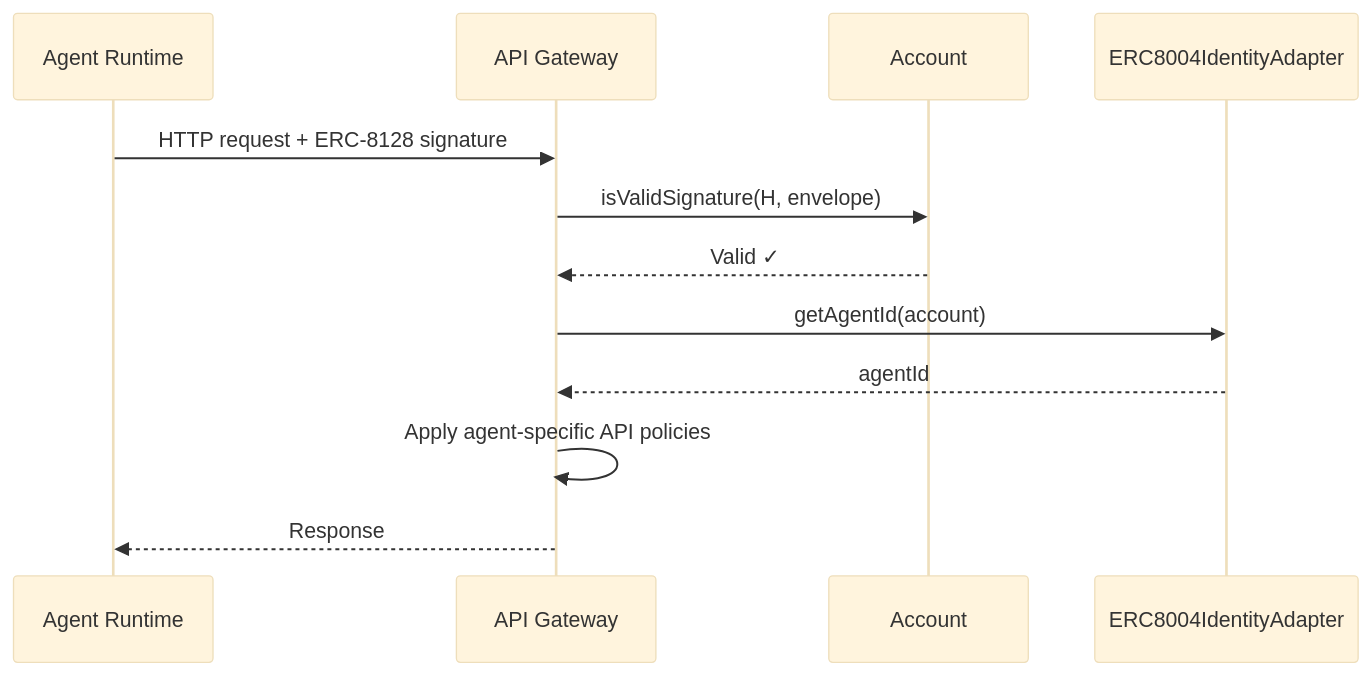
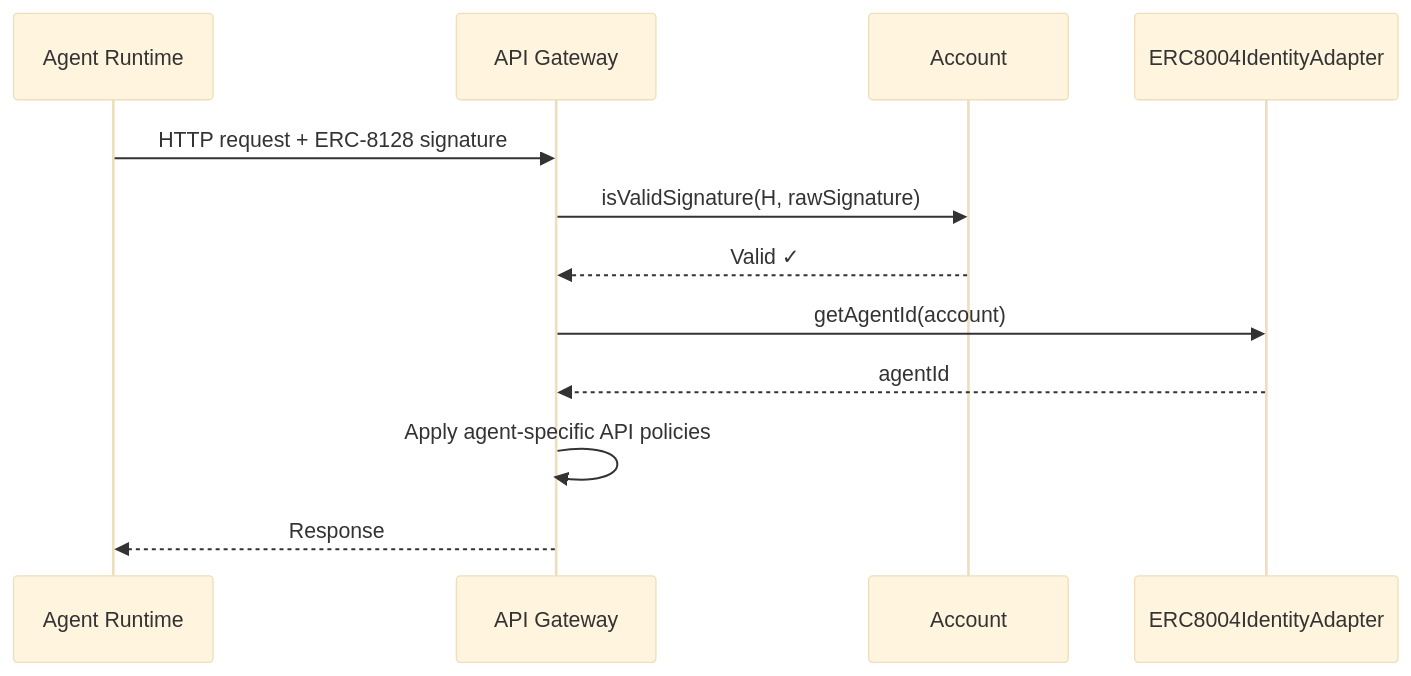
Before and after one commit to EqualFiLabs/agent-wallet-core: diagram 22 of 32 in docs/Agent-Wallet-Core-Architecture.md, drawn with Mermaid (base theme). The commit also changed other lines of this file and 16 other files, not shown here.

````diff
--- a/docs/Agent-Wallet-Core-Architecture.md
+++ b/docs/Agent-Wallet-Core-Architecture.md
@@ -889,15 +893,15 @@
 ```mermaid
 sequenceDiagram
     participant Agent as Agent Runtime
     participant Gateway as API Gateway
     participant SCA as Account
     participant Adapter as ERC8004IdentityAdapter
 
     Agent->>Gateway: HTTP request + ERC-8128 signature
-    Gateway->>SCA: isValidSignature(H, envelope)
+    Gateway->>SCA: isValidSignature(H, rawSignature)
     SCA-->>Gateway: Valid ✓
     Gateway->>Adapter: getAgentId(account)
     Adapter-->>Gateway: agentId
     Gateway->>Gateway: Apply agent-specific API policies
     Gateway-->>Agent: Response
 ```
````
